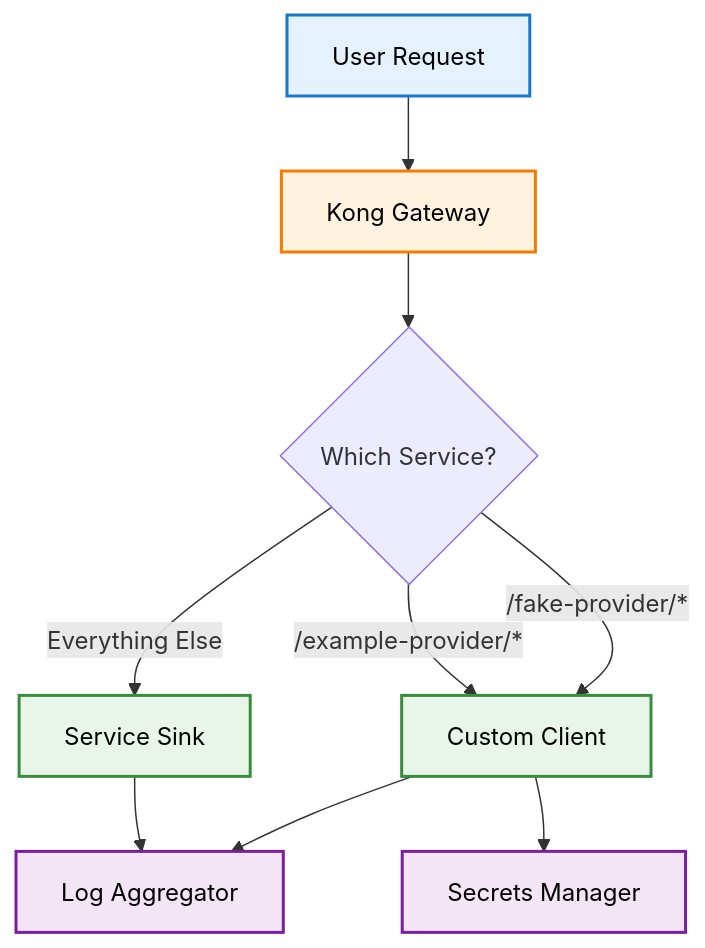
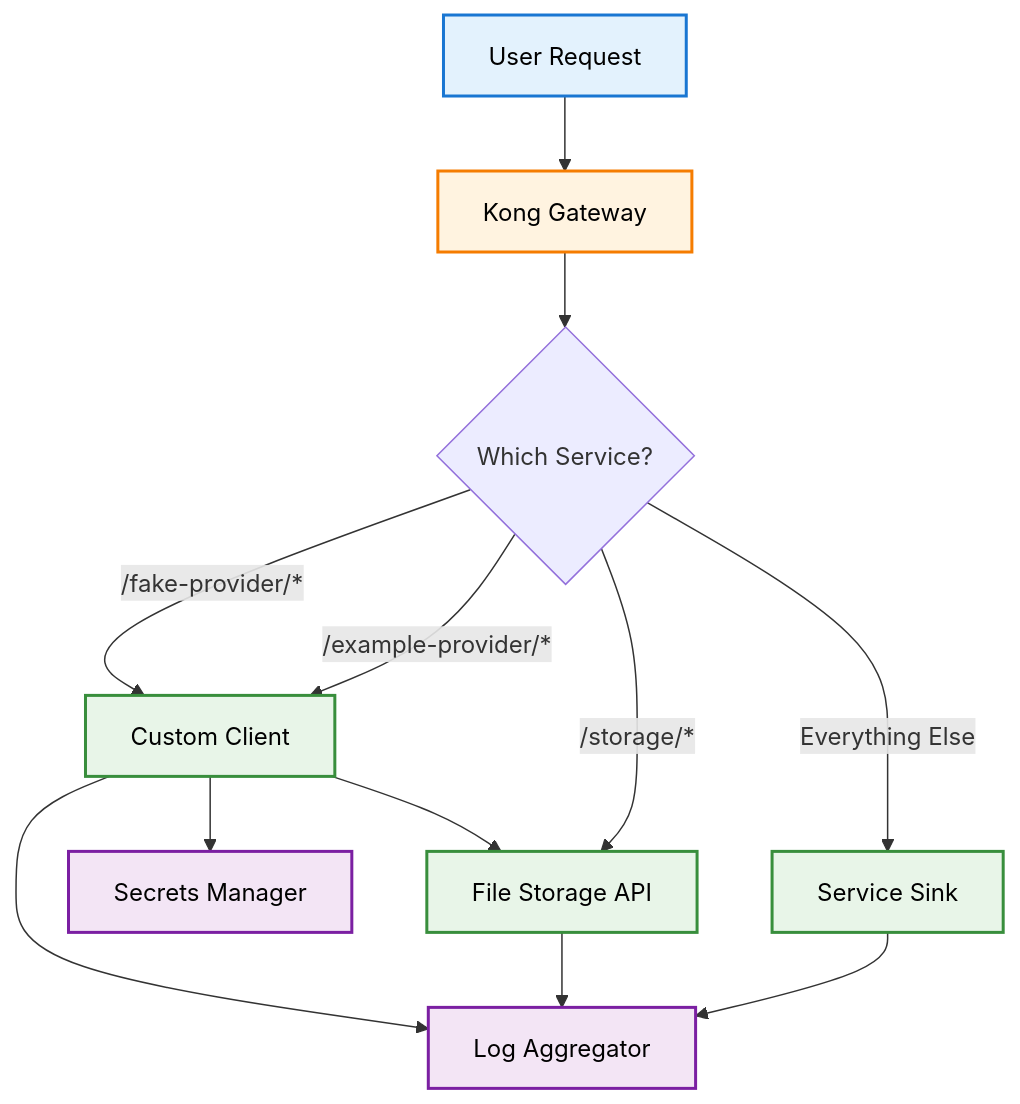
Before and after one commit to aztechead/edge-terrarium: the first of 7 diagrams in README.md, drawn with Mermaid. The commit also changed other lines of this file and 55 other files, not shown here.

````diff
--- a/README.md
+++ b/README.md
@@ -153,22 +153,25 @@
 ```mermaid
 %%{init: {'themeVariables': {'darkMode': true}}}%%
 flowchart TD
     A[User Request] --> B[Kong Gateway]
     B --> C{Which Service?}
     C -->|/fake-provider/*| D[Custom Client]
     C -->|/example-provider/*| D
+    C -->|/storage/*| H[File Storage API]
     C -->|Everything Else| E[Service Sink]
     D --> F[Log Aggregator]
     E --> F
+    H --> F
     D --> G[Secrets Manager]
+    D --> H
     
     classDef user fill:#e3f2fd,stroke:#1976d2,stroke-width:2px,color:#000
     classDef gateway fill:#fff3e0,stroke:#f57c00,stroke-width:2px,color:#000
     classDef service fill:#e8f5e8,stroke:#388e3c,stroke-width:2px,color:#000
     classDef support fill:#f3e5f5,stroke:#7b1fa2,stroke-width:2px,color:#000
     
     class A user
     class B gateway
-    class D,E service
+    class D,E,H service
     class F,G support
 ```
````
